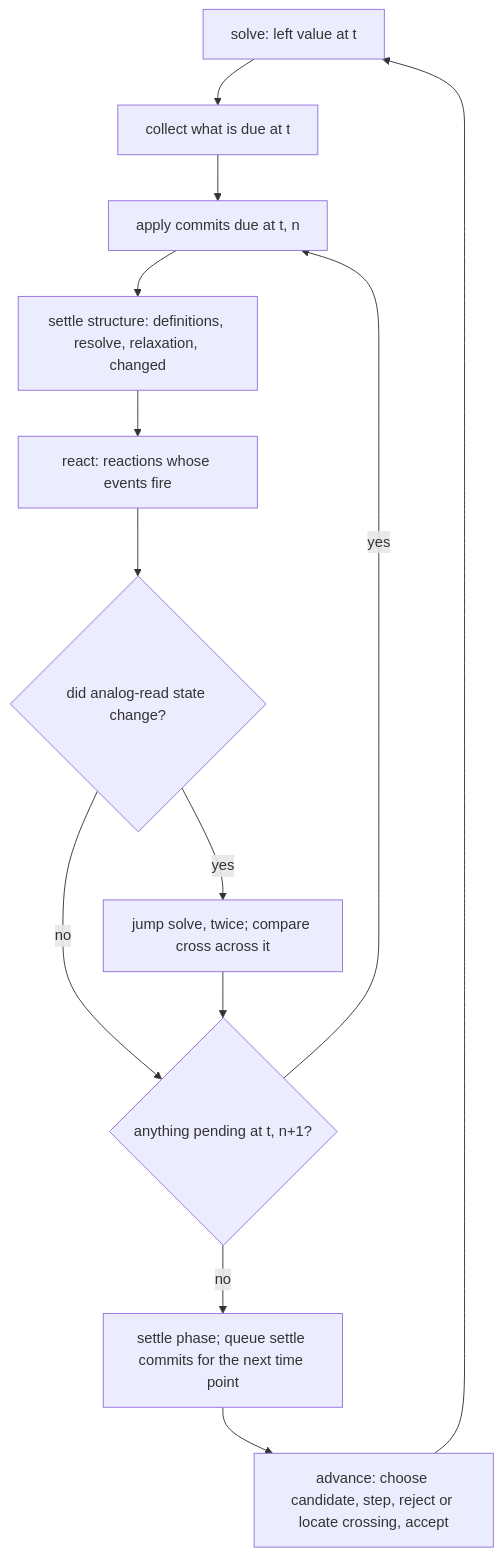
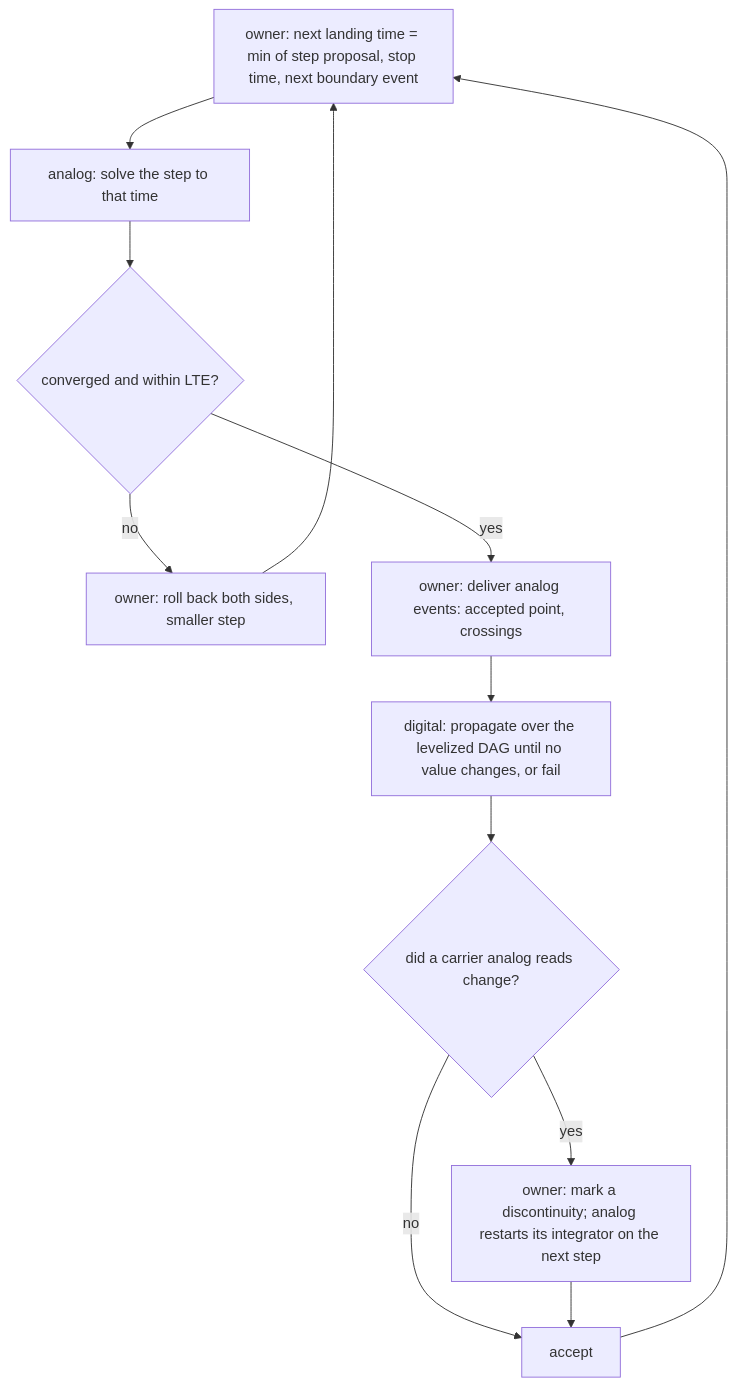
One commit to vkeslarek/piperine changed the second of 2 diagrams in .specs/features/solver-completeness/design.md. Above: the diagram before and after it, drawn with Mermaid. The commit also changed other lines of this file and 3 other files, not shown here.

````diff
--- a/.specs/features/solver-completeness/design.md
+++ b/.specs/features/solver-completeness/design.md
@@ -25,15 +26,13 @@
 ```mermaid
 flowchart TD
-    A[solve: left value at t] --> B[collect what is due at t]
-    B --> C[apply commits due at t, n]
-    C --> D[settle structure: definitions, resolve, relaxation, changed]
-    D --> E[react: reactions whose events fire]
-    E --> F{did analog-read state change?}
-    F -- yes --> G[jump solve, twice; compare cross across it]
-    F -- no --> H{anything pending at t, n+1?}
+    A[owner: next landing time = min of step proposal, stop time, next boundary event] --> B[analog: solve the step to that time]
+    B --> C{converged and within LTE?}
+    C -- no --> R[owner: roll back both sides, smaller step] --> A
+    C -- yes --> D[owner: deliver analog events: accepted point, crossings]
+    D --> E[digital: propagate over the levelized DAG until no value changes, or fail]
+    E --> F{did a carrier analog reads change?}
+    F -- yes --> G[owner: mark a discontinuity; analog restarts its integrator on the next step]
+    F -- no --> H[accept]
     G --> H
-    H -- yes --> C
-    H -- no --> I[settle phase; queue settle commits for the next time point]
-    I --> J[advance: choose candidate, step, reject or locate crossing, accept]
-    J --> A
+    H --> A
 ```
````
